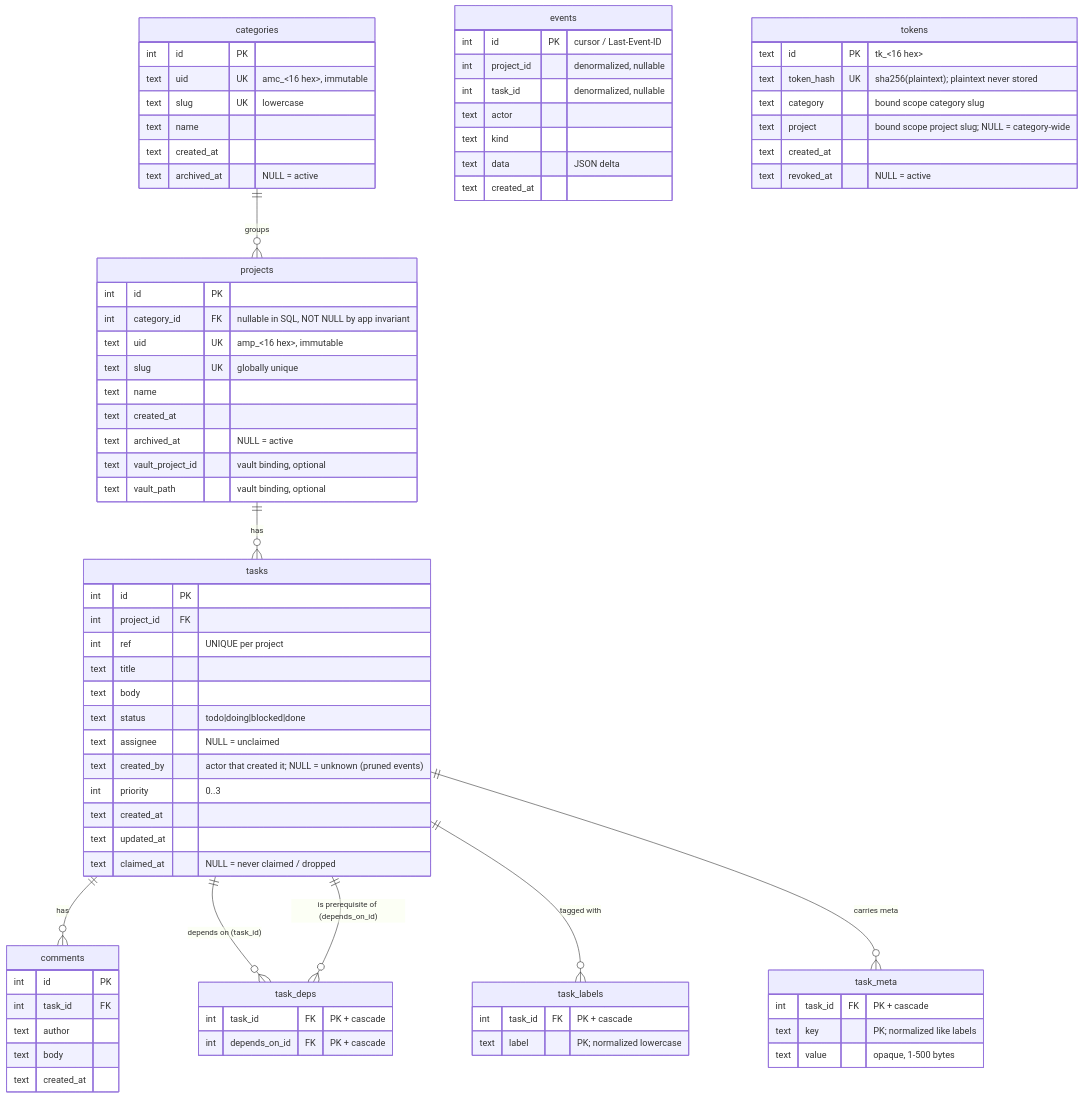
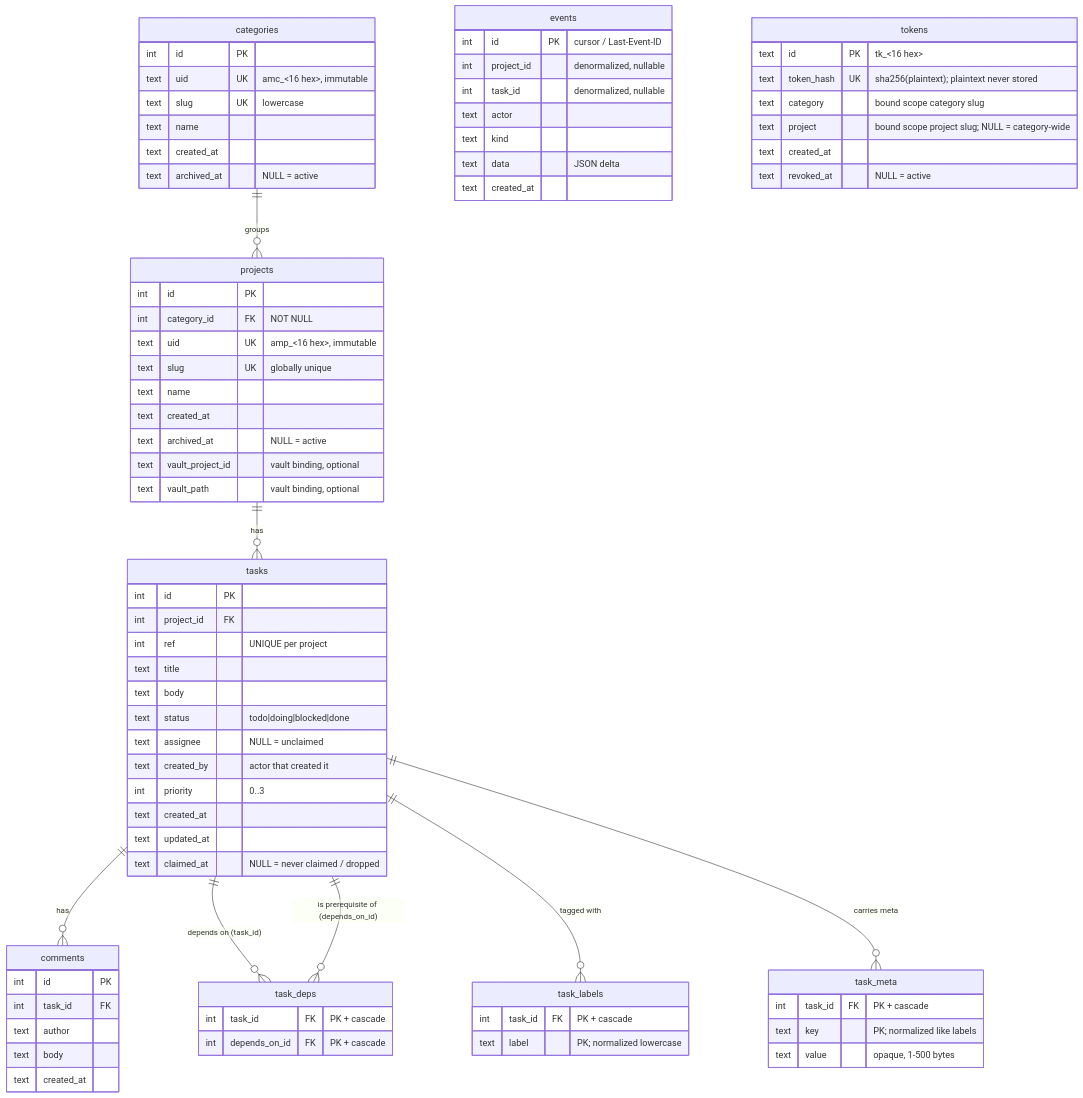
Before and after one commit to RamiAltai/agentman: the diagram in architecture/data-model.md, drawn with Mermaid. The commit also changed other lines of this file and 11 other files, not shown here.

First line of the commit message:
Docs: one schema, no migrations, no legacy formats (ADR-033)

````diff
--- a/architecture/data-model.md
+++ b/architecture/data-model.md
@@ -346,80 +291,80 @@
 ```mermaid
 erDiagram
   categories ||--o{ projects : "groups"
   projects ||--o{ tasks : "has"
   tasks ||--o{ comments : "has"
   tasks ||--o{ task_deps : "depends on (task_id)"
   tasks ||--o{ task_deps : "is prerequisite of (depends_on_id)"
   tasks ||--o{ task_labels : "tagged with"
   tasks ||--o{ task_meta : "carries meta"
   categories {
     int id PK
     text uid UK "amc_<16 hex>, immutable"
     text slug UK "lowercase"
     text name
     text created_at
     text archived_at "NULL = active"
   }
   projects {
     int id PK
-    int category_id FK "nullable in SQL, NOT NULL by app invariant"
+    int category_id FK "NOT NULL"
     text uid UK "amp_<16 hex>, immutable"
     text slug UK "globally unique"
     text name
     text created_at
     text archived_at "NULL = active"
     text vault_project_id "vault binding, optional"
     text vault_path "vault binding, optional"
   }
   tasks {
     int id PK
     int project_id FK
     int ref "UNIQUE per project"
     text title
     text body
     text status "todo|doing|blocked|done"
     text assignee "NULL = unclaimed"
-    text created_by "actor that created it; NULL = unknown (pruned events)"
+    text created_by "actor that created it"
     int priority "0..3"
     text created_at
     text updated_at
     text claimed_at "NULL = never claimed / dropped"
   }
   task_deps {
     int task_id FK "PK + cascade"
     int depends_on_id FK "PK + cascade"
   }
   task_labels {
     int task_id FK "PK + cascade"
     text label "PK; normalized lowercase"
   }
   task_meta {
     int task_id FK "PK + cascade"
     text key "PK; normalized like labels"
     text value "opaque, 1-500 bytes"
   }
   comments {
     int id PK
     int task_id FK
     text author
     text body
     text created_at
   }
   events {
     int id PK "cursor / Last-Event-ID"
     int project_id "denormalized, nullable"
     int task_id "denormalized, nullable"
     text actor
     text kind
     text data "JSON delta"
     text created_at
   }
   tokens {
     text id PK "tk_<16 hex>"
     text token_hash UK "sha256(plaintext); plaintext never stored"
     text category "bound scope category slug"
     text project "bound scope project slug; NULL = category-wide"
     text created_at
     text revoked_at "NULL = active"
   }
 ```
````
